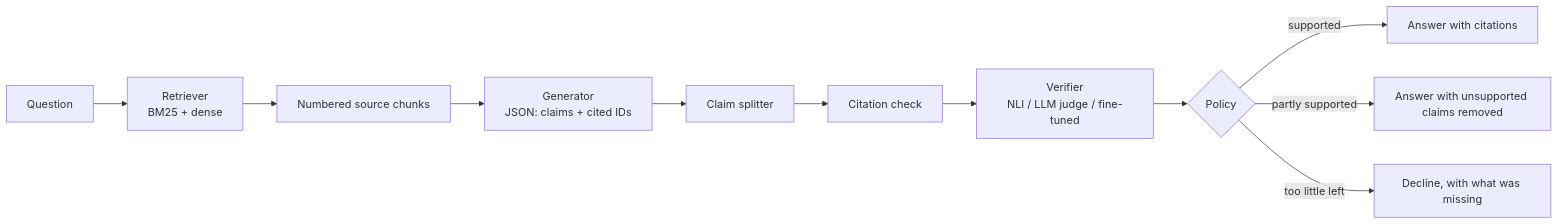
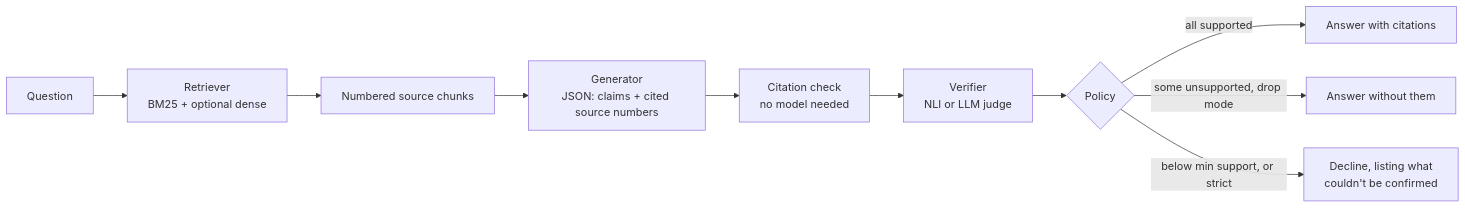
Before and after one commit to Alfoko/groundedGuard: the diagram in README.md, drawn with Mermaid. The commit also changed other lines of this file and 1 other file, not shown here.

````diff
--- a/README.md
+++ b/README.md
@@ -25,13 +33,12 @@
 ```mermaid
 flowchart LR
-    Q[Question] --> R[Retriever<br/>BM25 + dense]
+    Q[Question] --> R[Retriever<br/>BM25 + optional dense]
     R --> S[Numbered source chunks]
-    S --> G[Generator<br/>JSON: claims + cited IDs]
-    G --> C[Claim splitter]
-    C --> K[Citation check]
-    K --> V[Verifier<br/>NLI / LLM judge / fine-tuned]
+    S --> G[Generator<br/>JSON: claims + cited source numbers]
+    G --> K[Citation check<br/>no model needed]
+    K --> V[Verifier<br/>NLI or LLM judge]
     V --> P{Policy}
-    P -->|supported| A[Answer with citations]
-    P -->|partly supported| D[Answer with unsupported claims removed]
-    P -->|too little left| N[Decline, with what was missing]
+    P -->|all supported| A[Answer with citations]
+    P -->|some unsupported, drop mode| D[Answer without them]
+    P -->|below min support, or strict| N[Decline, listing what<br/>couldn't be confirmed]
 ```
````
